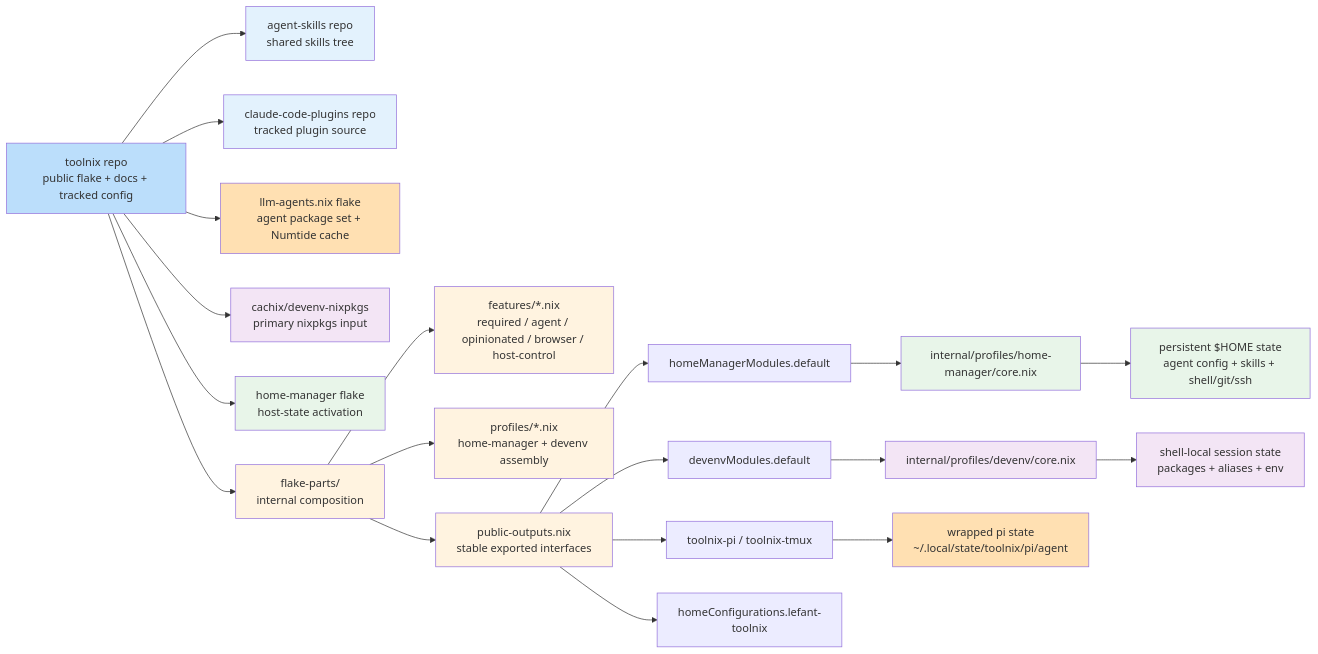
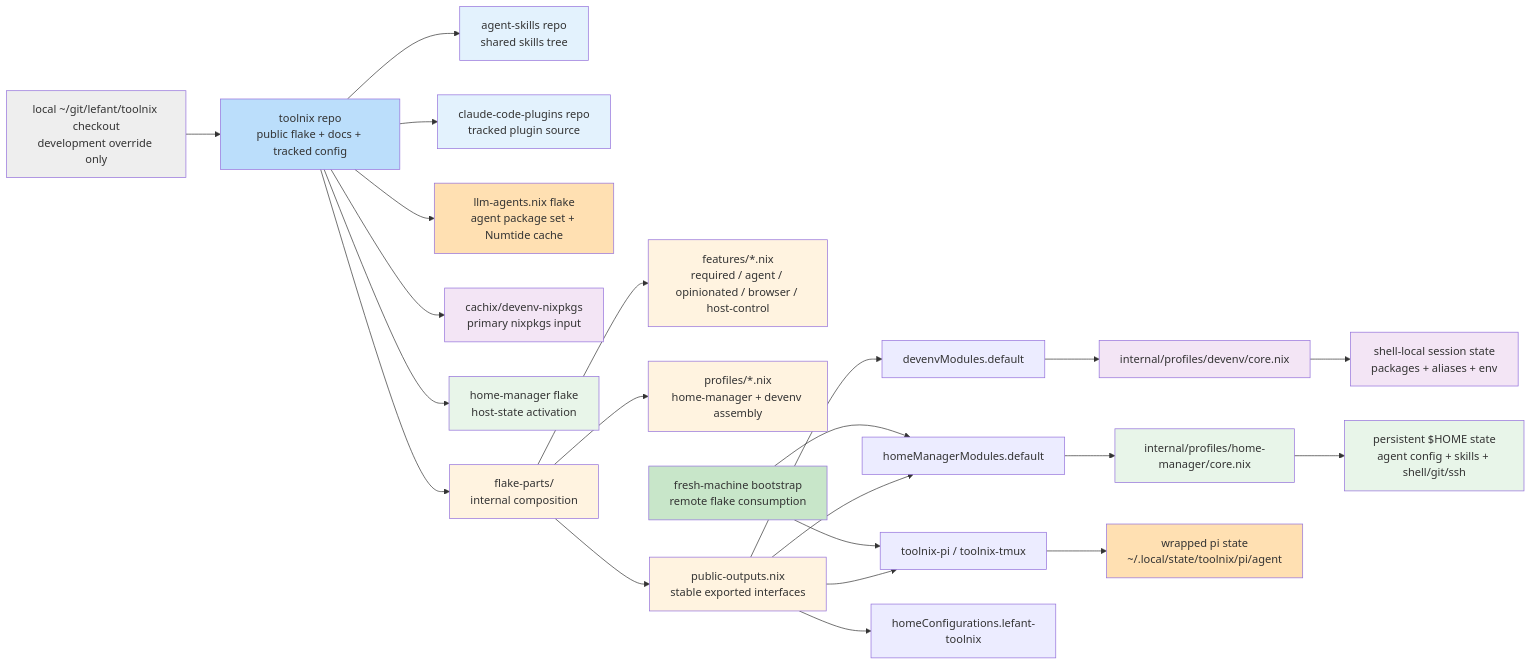
The diagram in docs/reference/architecture.md (lefant/toolnix), drawn with Mermaid before and after one commit.

Commit message:
Refresh bootstrap architecture diagram

````diff
--- a/docs/reference/architecture.md
+++ b/docs/reference/architecture.md
@@ -19,43 +19,49 @@
 ```mermaid
 graph LR
     TOOLNIX["toolnix repo<br/>public flake + docs + tracked config"]
 
     TOOLNIX --> AGENT_SKILLS["agent-skills repo<br/>shared skills tree"]
     TOOLNIX --> CLAUDE_PLUGINS["claude-code-plugins repo<br/>tracked plugin source"]
     TOOLNIX --> LLM_AGENTS["llm-agents.nix flake<br/>agent package set + Numtide cache"]
     TOOLNIX --> NIXPKGS["cachix/devenv-nixpkgs<br/>primary nixpkgs input"]
     TOOLNIX --> HOME_MANAGER["home-manager flake<br/>host-state activation"]
 
     TOOLNIX --> FLAKE_PARTS["flake-parts/\ninternal composition"]
     FLAKE_PARTS --> FEATURES["features/*.nix<br/>required / agent / opinionated / browser / host-control"]
     FLAKE_PARTS --> PROFILES["profiles/*.nix<br/>home-manager + devenv assembly"]
     FLAKE_PARTS --> OUTPUTS["public-outputs.nix<br/>stable exported interfaces"]
 
     OUTPUTS --> HM_EXPORT["homeManagerModules.default"]
     OUTPUTS --> DEVENV_EXPORT["devenvModules.default"]
     OUTPUTS --> WRAPPED["toolnix-pi / toolnix-tmux"]
     OUTPUTS --> HOST_CFG["homeConfigurations.lefant-toolnix"]
 
+    BOOTSTRAP["fresh-machine bootstrap<br/>remote flake consumption"] --> WRAPPED
+    BOOTSTRAP --> HM_EXPORT
+    DEV_CHECKOUT["local ~/git/lefant/toolnix checkout<br/>development override only"] --> TOOLNIX
+
     HM_EXPORT --> HM_CORE["internal/profiles/home-manager/core.nix"]
     DEVENV_EXPORT --> DEVENV_CORE["internal/profiles/devenv/core.nix"]
 
     HM_CORE --> HOME_STATE["persistent $HOME state<br/>agent config + skills + shell/git/ssh"]
     DEVENV_CORE --> SHELL_STATE["shell-local session state<br/>packages + aliases + env"]
     WRAPPED --> PI_WRAPPED["wrapped pi state<br/>~/.local/state/toolnix/pi/agent"]
 
     style TOOLNIX fill:#bbdefb
     style AGENT_SKILLS fill:#e3f2fd
     style CLAUDE_PLUGINS fill:#e3f2fd
     style LLM_AGENTS fill:#ffe0b2
     style NIXPKGS fill:#f3e5f5
     style HOME_MANAGER fill:#e8f5e9
     style FLAKE_PARTS fill:#fff3e0
     style FEATURES fill:#fff3e0
     style PROFILES fill:#fff3e0
     style OUTPUTS fill:#fff3e0
+    style BOOTSTRAP fill:#c8e6c9
+    style DEV_CHECKOUT fill:#eeeeee
     style HM_CORE fill:#e8f5e9
     style DEVENV_CORE fill:#f3e5f5
     style HOME_STATE fill:#e8f5e9
     style SHELL_STATE fill:#f3e5f5
     style PI_WRAPPED fill:#ffe0b2
 ```
````
